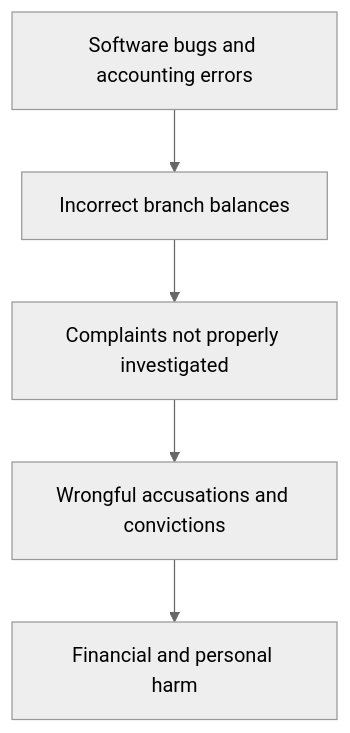
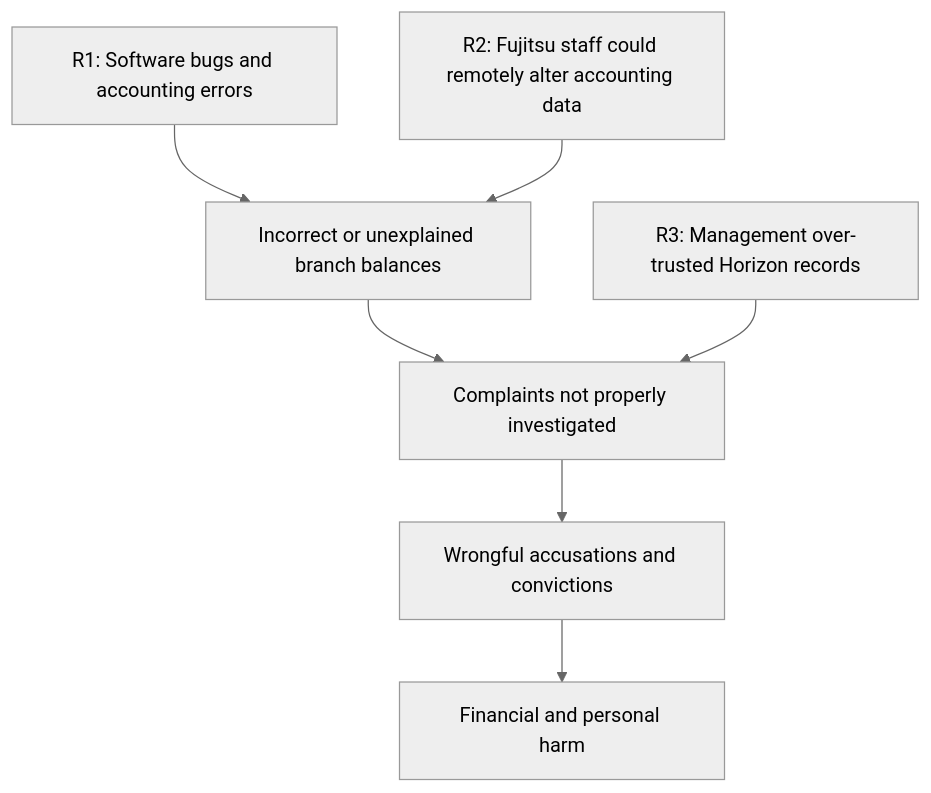
The diagram in lab-01/failure-case-analysis.md (chungseang123-alt/clubhub-certifiedvibecoder), drawn with Mermaid (neutral theme) before and after one commit. The commit also changed other lines of this file, not shown here.

Commit message:
Lab-01 task 3: What failed By Song Panhaseth

````diff
--- a/lab-01/failure-case-analysis.md
+++ b/lab-01/failure-case-analysis.md
@@ -14,7 +15,13 @@
 ```mermaid
 flowchart TD
-  A["Software bugs and accounting errors"] --> B["Incorrect branch balances"]
-  B --> C["Complaints not properly investigated"]
-  C --> D["Wrongful accusations and convictions"]
-  D --> E["Financial and personal harm"]
+    R1["R1: Software bugs and accounting errors"]
+    R2["R2: Fujitsu staff could remotely alter accounting data"]
+    R3["R3: Management over-trusted Horizon records"]
+
+    R1 --> A["Incorrect or unexplained branch balances"]
+    R2 --> A
+    A --> B["Complaints not properly investigated"]
+    R3 --> B
+    B --> C["Wrongful accusations and convictions"]
+    C --> D["Financial and personal harm"]
 ```
````
